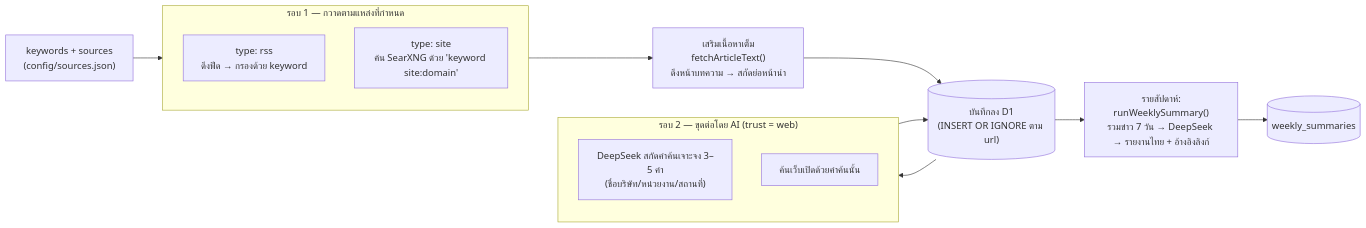
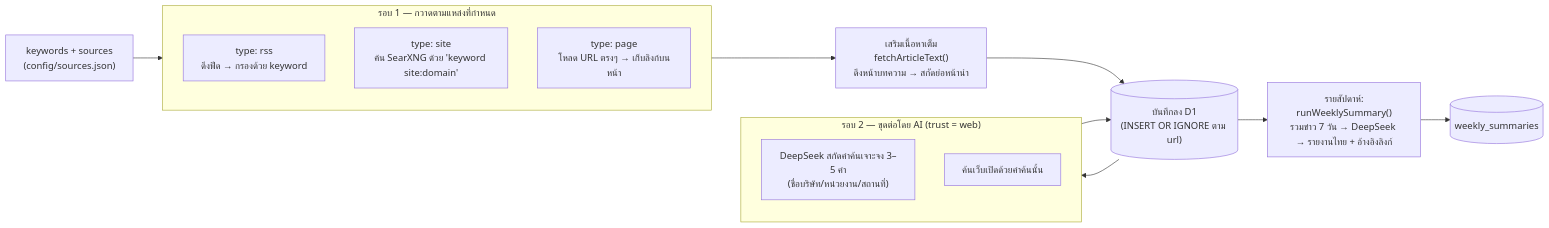
The second of 2 diagrams in README.md (songpont/searxng-cloudflare), drawn with Mermaid before and after one commit. The commit also changed other lines of this file and 3 other files, not shown here.

First line of the commit message:
Add type: page source — harvest links from a specific URL

````diff
--- a/README.md
+++ b/README.md
@@ -79,24 +79,25 @@
 ```mermaid
 flowchart LR
     K["keywords + sources<br/>(config/sources.json)"] --> R1
 
     subgraph R1["รอบ 1 — กวาดตามแหล่งที่กำหนด"]
         RSS["type: rss<br/>ดึงฟีด → กรองด้วย keyword"]
         SITE["type: site<br/>ค้น SearXNG ด้วย 'keyword site:domain'"]
+        PAGE["type: page<br/>โหลด URL ตรงๆ → เก็บลิงก์บนหน้า"]
     end
 
     R1 --> ENRICH["เสริมเนื้อหาเต็ม<br/>fetchArticleText()<br/>ดึงหน้าบทความ → สกัดย่อหน้านำ"]
     ENRICH --> INS[("บันทึกลง D1<br/>(INSERT OR IGNORE ตาม url)")]
 
     INS --> R2
 
     subgraph R2["รอบ 2 — ขุดต่อโดย AI (trust = web)"]
         Q["DeepSeek สกัดคำค้นเจาะจง 3–5 คำ<br/>(ชื่อบริษัท/หน่วยงาน/สถานที่)"]
         WEB["ค้นเว็บเปิดด้วยคำค้นนั้น"]
     end
 
     R2 --> INS
 
     INS --> SUM["รายสัปดาห์:<br/>runWeeklySummary()<br/>รวมข่าว 7 วัน → DeepSeek → รายงานไทย + อ้างอิงลิงก์"]
     SUM --> SDB[("weekly_summaries")]
 ```
````
